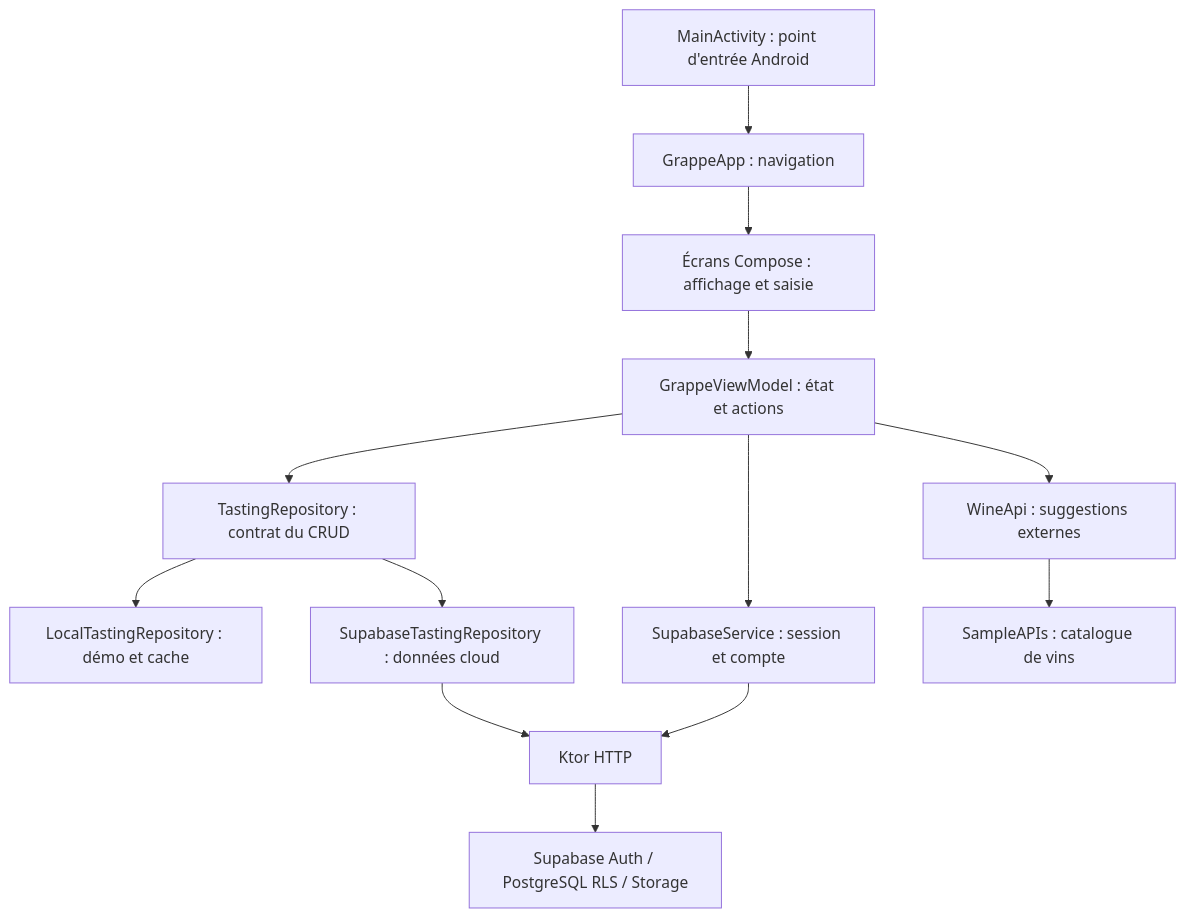
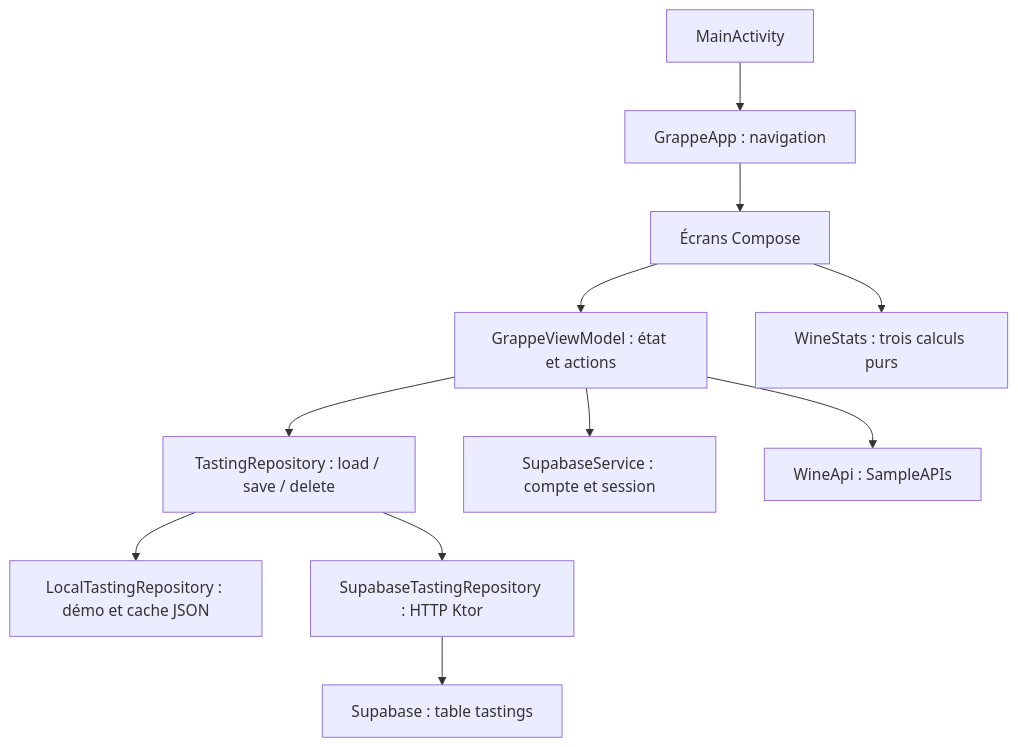
The diagram in doc/ARCHITECTURE.md (bromade8300/android-project), drawn with Mermaid before and after one commit. The commit also changed other lines of this file and 15 other files, not shown here.

Commit message:
feat: simplify Grappe into a personal wine library

````diff
--- a/doc/ARCHITECTURE.md
+++ b/doc/ARCHITECTURE.md
@@ -5,15 +17,13 @@
 ```mermaid
 flowchart TD
-    Activity[MainActivity : point d'entrée Android] --> App[GrappeApp : navigation]
-    App --> Screens[Écrans Compose : affichage et saisie]
+    Activity[MainActivity] --> App[GrappeApp : navigation]
+    App --> Screens[Écrans Compose]
     Screens --> VM[GrappeViewModel : état et actions]
-    VM --> Contract[TastingRepository : contrat du CRUD]
-    Contract --> Local[LocalTastingRepository : démo et cache]
-    Contract --> Remote[SupabaseTastingRepository : données cloud]
-    VM --> Auth[SupabaseService : session et compte]
-    VM --> API[WineApi : suggestions externes]
-    Remote --> Ktor[Ktor HTTP]
-    Auth --> Ktor
-    Ktor --> Supabase[Supabase Auth / PostgreSQL RLS / Storage]
-    API --> SampleAPIs[SampleAPIs : catalogue de vins]
+    VM --> Repo[TastingRepository : load / save / delete]
+    Repo --> Local[LocalTastingRepository : démo et cache JSON]
+    Repo --> Cloud[SupabaseTastingRepository : HTTP Ktor]
+    Cloud --> DB[Supabase : table tastings]
+    VM --> Auth[SupabaseService : compte et session]
+    VM --> API[WineApi : SampleAPIs]
+    Screens --> Stats[WineStats : trois calculs purs]
 ```
````
